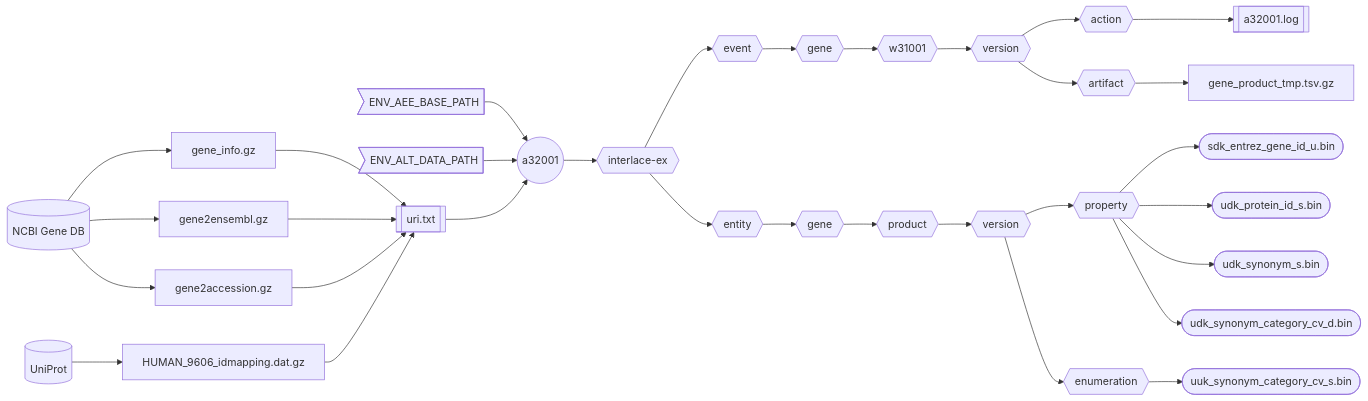
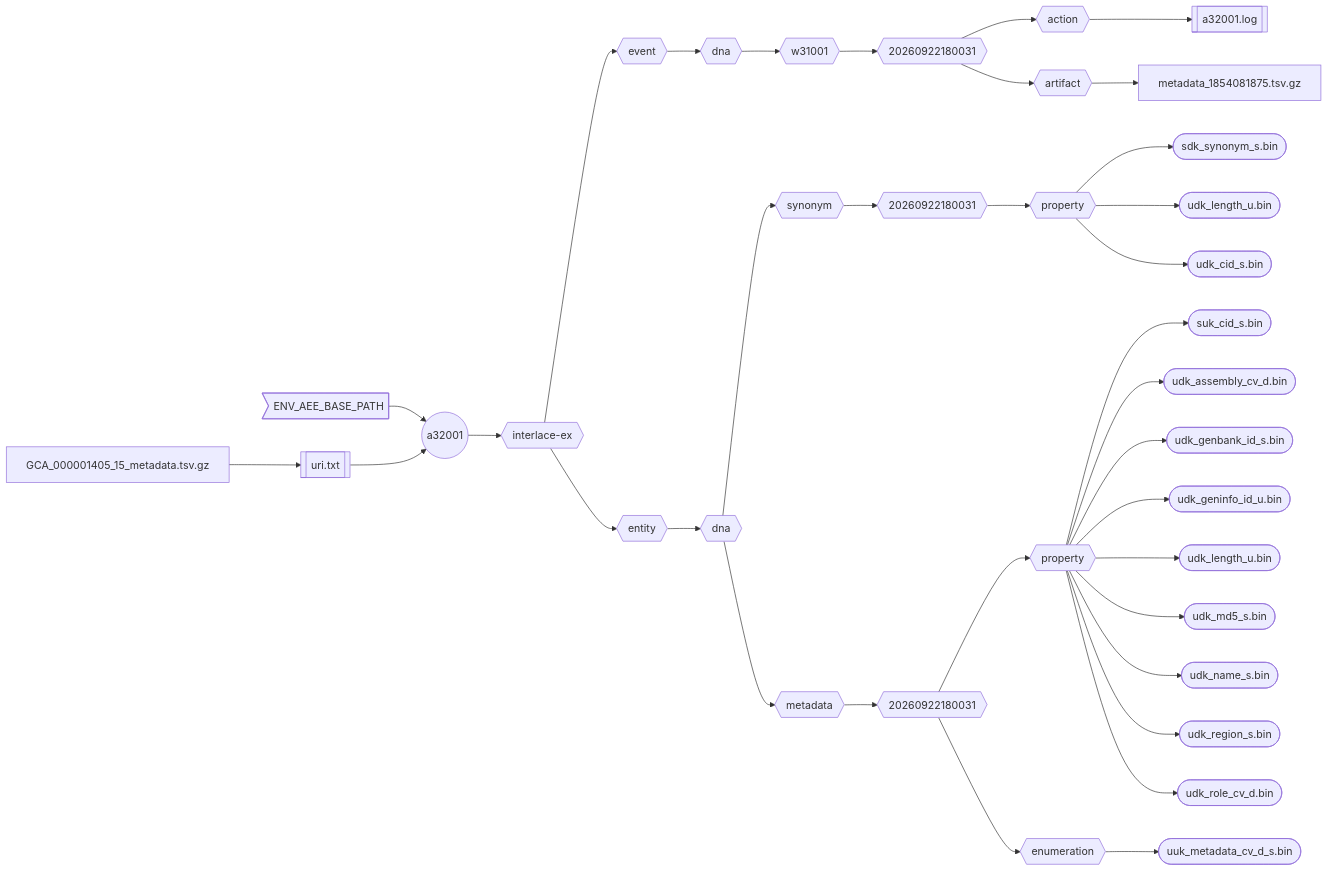
One commit to sas-quantome/interlace-do changed the diagram in cmd/a32001/README.md. Above: the diagram before and after it, drawn with Mermaid. The commit also changed other lines of this file and 24 other files, not shown here.

````diff
--- a/cmd/a32001/README.md
+++ b/cmd/a32001/README.md
@@ -7,34 +7,37 @@
 ```mermaid
 flowchart LR
-    db1[(NCBI Gene DB)] --> gene_info.gz
-    db1[(NCBI Gene DB)] --> gene2ensembl.gz
-    db1[(NCBI Gene DB)] --> gene2accession.gz
-    db2[(UniProt)] --> HUMAN_9606_idmapping.dat.gz
     env1>ENV_AEE_BASE_PATH] --> app((a32001))
-    env2>ENV_ALT_DATA_PATH] --> app((a32001))
     uri[[uri.txt]] --> app((a32001))
-    gene_info.gz --> uri[[uri.txt]]
-    gene2ensembl.gz --> uri[[uri.txt]]
-    gene2accession.gz --> uri[[uri.txt]]
-    HUMAN_9606_idmapping.dat.gz --> uri[[uri.txt]]
+    GCA_000001405_15_metadata.tsv.gz --> uri[[uri.txt]]
     app((a32001)) --> ds{{interlace-ex}}
     ds{{interlace-ex}} --> work{{event}}
     ds{{interlace-ex}} --> data{{entity}}
-    work{{event}} --> workEntity{{gene}}
-    data{{entity}} --> dataEntity{{gene}}
-    workEntity{{gene}} --> workAsset{{w31001}}
-    dataEntity{{gene}} --> dataAsset{{product}}
-    workAsset{{w31001}} --> workRelease{{version}}
-    dataAsset{{product}} --> dataRelease{{version}}
-    workRelease{{version}} --> action{{action}}
-    workRelease{{version}} --> artifact{{artifact}}
-    dataRelease{{version}} --> prop{{property}}
-    dataRelease{{version}} --> enum{{enumeration}}
+    work{{event}} --> workEntity{{dna}}
+    data{{entity}} --> dataEntity{{dna}}
+    workEntity{{dna}} --> workAsset{{w31001}}
+    dataEntity{{dna}} --> dataAsset{{synonym}}
+    dataEntity{{dna}} --> dataAsset1{{metadata}}
+    workAsset{{w31001}} --> workRelease{{20260922180031}}
+    dataAsset1{{metadata}} --> dataRelease1{{20260922180031}}
+    dataAsset{{synonym}} --> dataRelease{{20260922180031}}
+    workRelease{{20260922180031}} --> action{{action}}
+    workRelease{{20260922180031}} --> artifact{{artifact}}
+    dataRelease{{20260922180031}} --> prop{{property}}
+    dataRelease1{{20260922180031}} --> prop1{{property}}
+    dataRelease1{{20260922180031}} --> enum1{{enumeration}}
     action{{action}} --> log[[a32001.log]]
-    artifact{{artifact}} --> gene_product_tmp.tsv.gz
-    prop{{property}} --> d1([sdk_entrez_gene_id_u.bin])
-    prop{{property}} --> d2([udk_protein_id_s.bin])
-    prop{{property}} --> d3([udk_synonym_s.bin])
-    prop{{property}} --> d4([udk_synonym_category_cv_d.bin])
-    enum{{enumeration}} --> e1([uuk_synonym_category_cv_s.bin])
+    artifact{{artifact}} --> metadata_1854081875.tsv.gz
+    prop{{property}} --> d1([sdk_synonym_s.bin])
+    prop{{property}} --> d3([udk_length_u.bin])
+    prop{{property}} --> d2([udk_cid_s.bin])
+    prop1{{property}} --> d11([suk_cid_s.bin])
+    prop1{{property}} --> d12([udk_assembly_cv_d.bin])
+    prop1{{property}} --> d13([udk_genbank_id_s.bin])
+    prop1{{property}} --> d14([udk_geninfo_id_u.bin])
+    prop1{{property}} --> d15([udk_length_u.bin])
+    prop1{{property}} --> d16([udk_md5_s.bin])
+    prop1{{property}} --> d17([udk_name_s.bin])
+    prop1{{property}} --> d18([udk_region_s.bin])
+    prop1{{property}} --> d19([udk_role_cv_d.bin])
+    enum1{{enumeration}} --> e1([uuk_metadata_cv_d_s.bin])
 ```
````
